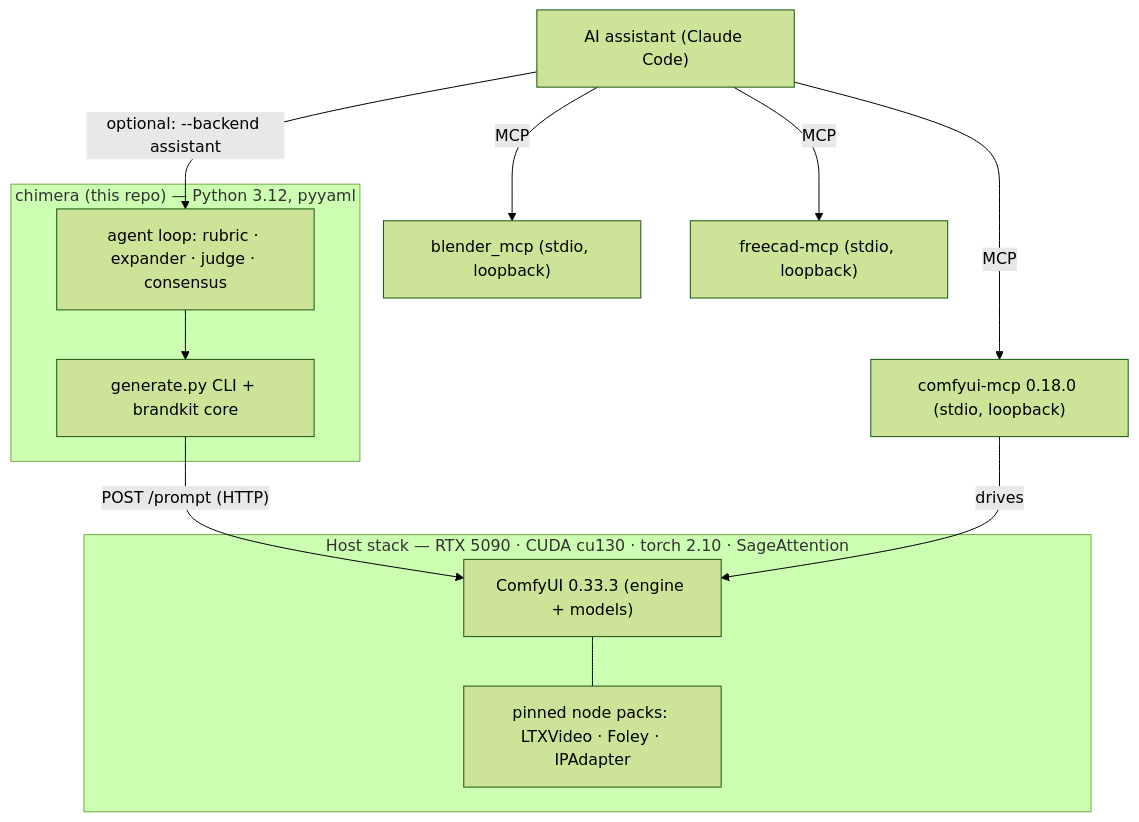
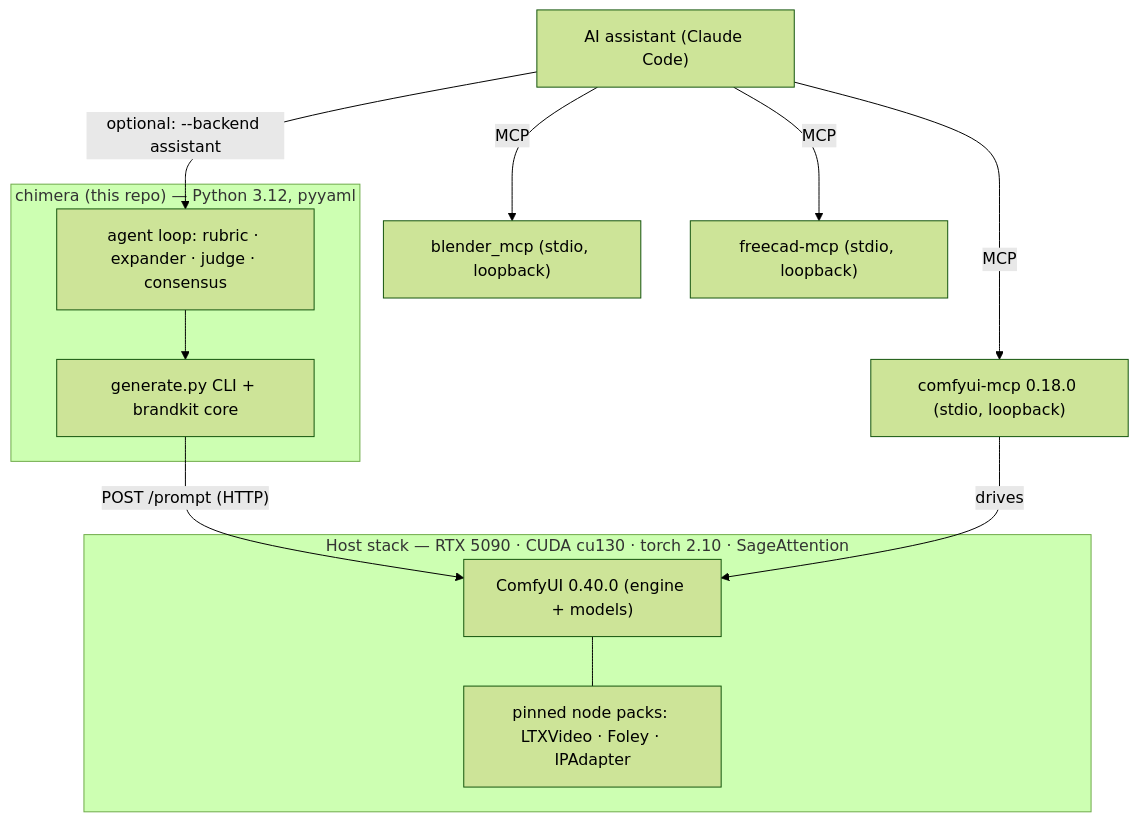
Before and after one commit to whartons/Chimera: the diagram in docs/STACK.md, drawn with Mermaid (forest theme). The commit also changed other lines of this file and 20 other files, not shown here.

````diff
--- a/docs/STACK.md
+++ b/docs/STACK.md
@@ -12,22 +12,22 @@
 ```mermaid
 flowchart TD
     subgraph host["Host stack — RTX 5090 · CUDA cu130 · torch 2.10 · SageAttention"]
-        comfy["ComfyUI 0.33.3 (engine + models)"]
+        comfy["ComfyUI 0.40.0 (engine + models)"]
         packs["pinned node packs: LTXVideo · Foley · IPAdapter"]
         comfy --- packs
     end
     subgraph chimera["chimera (this repo) — Python 3.12, pyyaml"]
         cli["generate.py CLI + brandkit core"]
         agent["agent loop: rubric · expander · judge · consensus"]
     end
     mcp["comfyui-mcp 0.18.0 (stdio, loopback)"]
     cli -->|"POST /prompt (HTTP)"| comfy
     agent --> cli
     mcp -->|drives| comfy
     assistant["AI assistant (Claude Code)"] -->|MCP| mcp
     blender["blender_mcp (stdio, loopback)"]
     freecad["freecad-mcp (stdio, loopback)"]
     assistant -->|MCP| blender
     assistant -->|MCP| freecad
     assistant -->|"optional: --backend assistant"| agent
 ```
````
